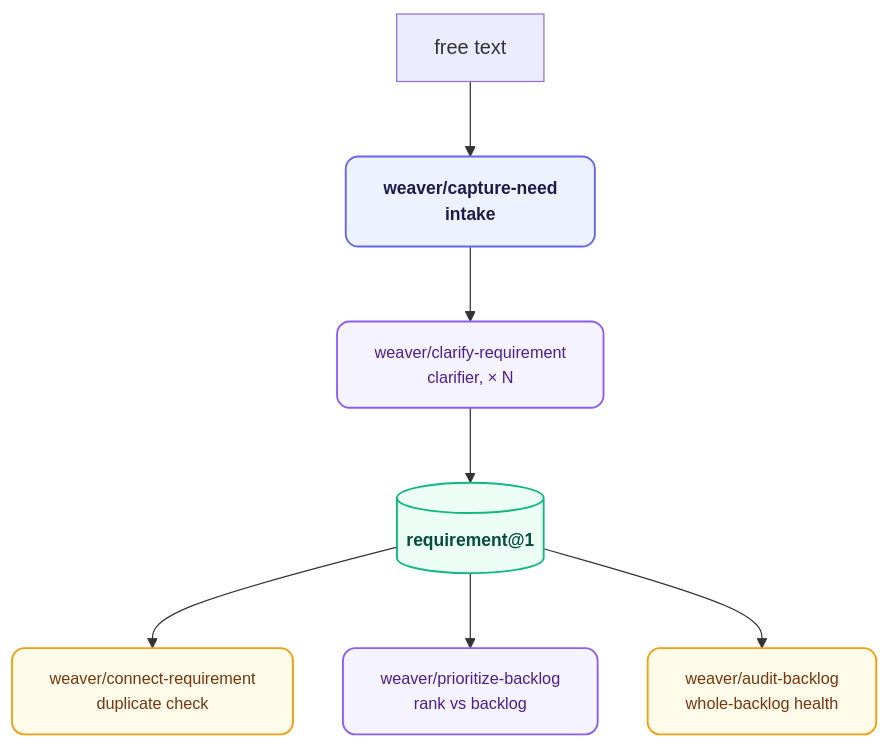
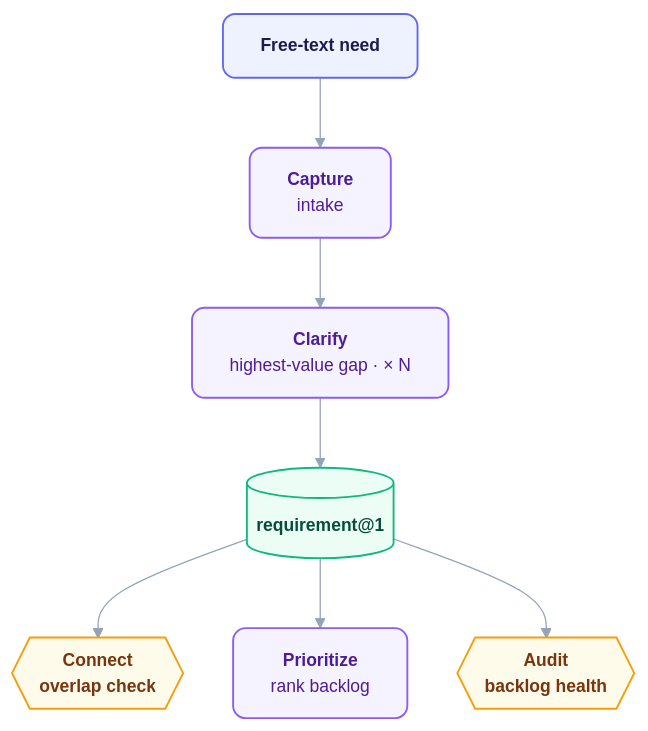
Before and after one commit to orin-dx/agent-plugins: the diagram in plugins/weaver/README.md, drawn with Mermaid. The commit also changed 12 other files, not shown here.

Commit message:
docs: refresh Mermaid diagrams and visual standard

````diff
--- a/plugins/weaver/README.md
+++ b/plugins/weaver/README.md
@@ -64,26 +64,22 @@
 ```mermaid
-%%{init: {'flowchart': {'curve': 'basis', 'nodeSpacing': 40, 'rankSpacing': 60}}}%%
+%%{init: {'theme': 'base', 'flowchart': {'curve': 'basis', 'nodeSpacing': 40, 'rankSpacing': 56}, 'themeVariables': {'fontFamily': 'Inter, ui-sans-serif, system-ui, sans-serif', 'fontSize': '14px', 'lineColor': '#94a3b8', 'edgeLabelBackground': '#ffffff'}}}%%
 flowchart TD
-    classDef source fill:#eef2ff,stroke:#6366f1,stroke-width:1.5px,color:#1e1b4b,rx:10,ry:10,font-size:14px,font-weight:600;
-    classDef engine fill:#f5f3ff,stroke:#8b5cf6,stroke-width:1.5px,color:#4c1d95,rx:10,ry:10,font-size:13px,font-weight:500;
-    classDef router fill:#fffbeb,stroke:#f59e0b,stroke-width:1.5px,color:#78350f,rx:10,ry:10,font-size:13px,font-weight:500;
-    classDef output fill:#ecfdf5,stroke:#10b981,stroke-width:1.5px,color:#064e3b,rx:10,ry:10,font-size:14px,font-weight:600;
+    classDef source fill:#eef2ff,stroke:#6366f1,stroke-width:1.5px,color:#1e1b4b,rx:10px,ry:10px,font-weight:600;
+    classDef engine fill:#f5f3ff,stroke:#8b5cf6,stroke-width:1.5px,color:#4c1d95,rx:10px,ry:10px;
+    classDef router fill:#fffbeb,stroke:#f59e0b,stroke-width:1.5px,color:#78350f,rx:10px,ry:10px,font-weight:600;
+    classDef output fill:#ecfdf5,stroke:#10b981,stroke-width:1.5px,color:#064e3b,rx:10px,ry:10px,font-weight:600;
 
-    FT[free text] --> CN["weaver/capture-need
-    intake"]
-    CN --> CR["weaver/clarify-requirement
-    clarifier, × N"]
+    FT["Free-text need"] --> CN["<b>Capture</b><br/>intake"]
+    CN --> CR["<b>Clarify</b><br/>highest-value gap · × N"]
     CR --> REQ[("requirement@1")]
 
-    REQ --> CO["weaver/connect-requirement
-    duplicate check"]
-    REQ --> PB["weaver/prioritize-backlog
-    rank vs backlog"]
-    REQ --> AB["weaver/audit-backlog
-    whole-backlog health"]
+    REQ --> CO{{"<b>Connect</b><br/>overlap check"}}
+    REQ --> PB["<b>Prioritize</b><br/>rank backlog"]
+    REQ --> AB{{"<b>Audit</b><br/>backlog health"}}
 
-    class CN source
+    class FT source
+    class CN engine
     class CR,PB engine
     class REQ output
     class CO,AB router
 ```
````
